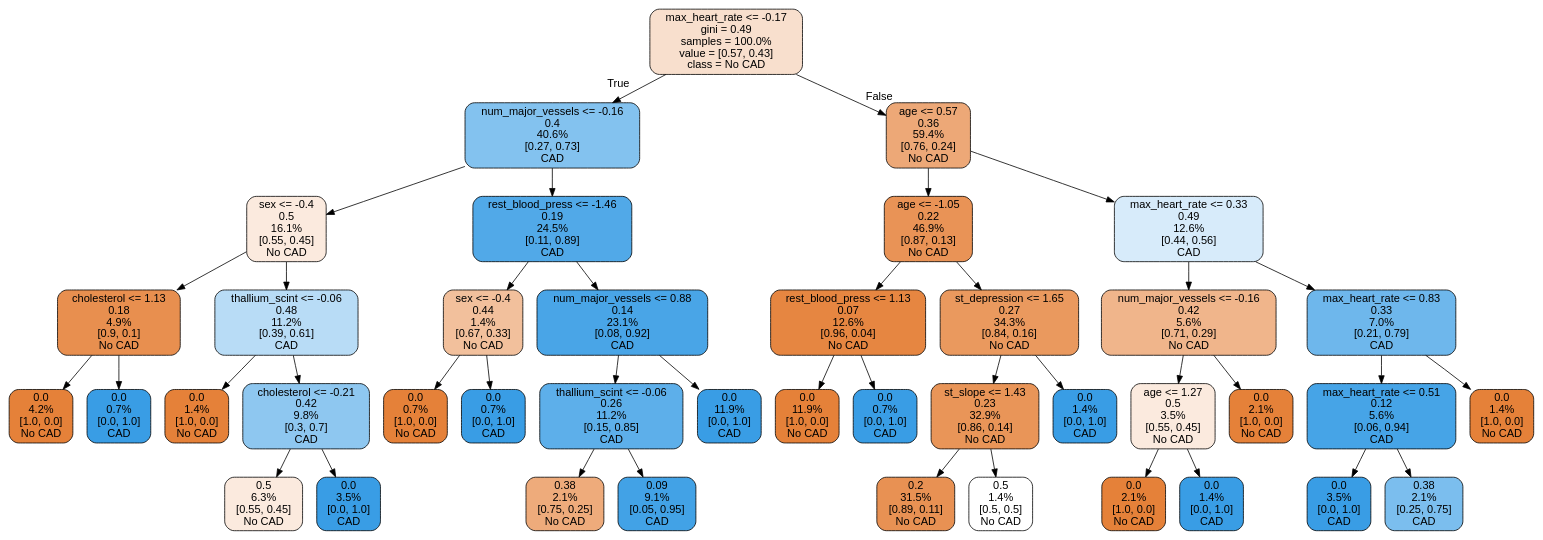
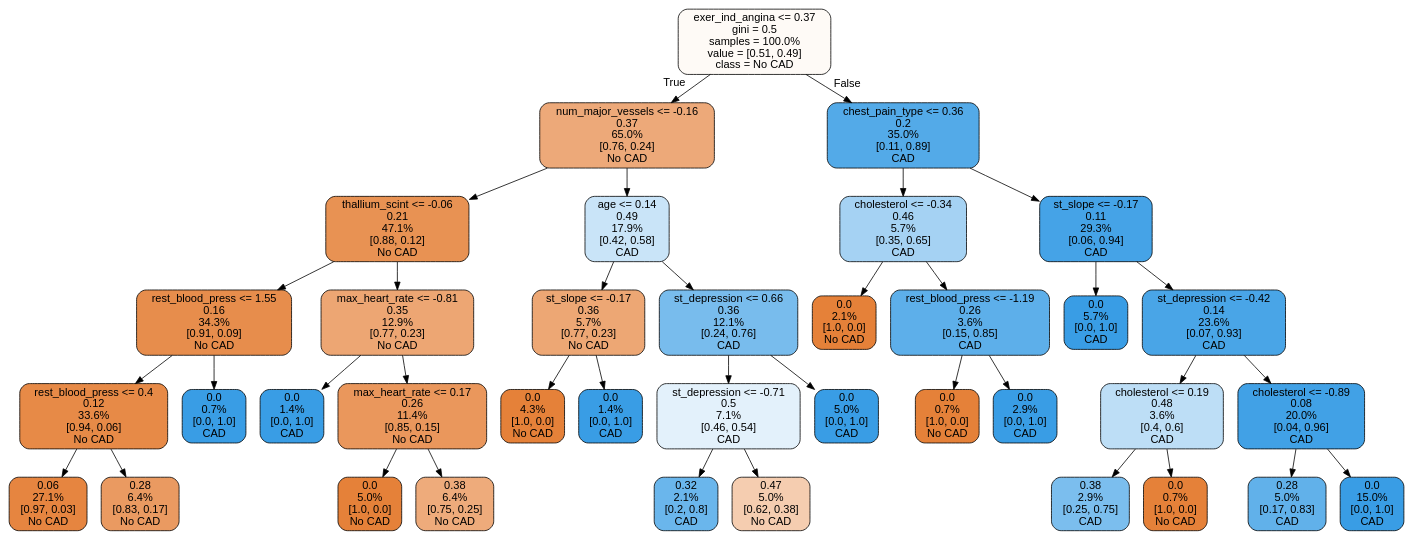
Before and after one commit to LourensWalters/cor_art_dis: the diagram in cor_art_dis/notebooks/tree.dot, drawn with Graphviz. The commit also changed 3 other files, not shown here.

```diff
--- a/cor_art_dis/notebooks/tree.dot
+++ b/cor_art_dis/notebooks/tree.dot
@@ -1,85 +1,77 @@
 digraph Tree {
 node [shape=box, style="filled, rounded", color="black", fontname=helvetica] ;
 edge [fontname=helvetica] ;
-0 [label="max_heart_rate <= -0.17\ngini = 0.49\nsamples = 100.0%\nvalue = [0.57, 0.43]\nclass = No CAD", fillcolor="#f8dfcd"] ;
-1 [label="num_major_vessels <= -0.16\n0.4\n40.6%\n[0.27, 0.73]\nCAD", fillcolor="#83c2ef"] ;
+0 [label="exer_ind_angina <= 0.37\ngini = 0.5\nsamples = 100.0%\nvalue = [0.51, 0.49]\nclass = No CAD", fillcolor="#fefaf6"] ;
+1 [label="num_major_vessels <= -0.16\n0.37\n65.0%\n[0.76, 0.24]\nNo CAD", fillcolor="#eda979"] ;
 0 -> 1 [labeldistance=2.5, labelangle=45, headlabel="True"] ;
-2 [label="sex <= -0.4\n0.5\n16.1%\n[0.55, 0.45]\nNo CAD", fillcolor="#fbeade"] ;
+2 [label="thallium_scint <= -0.06\n0.21\n47.1%\n[0.88, 0.12]\nNo CAD", fillcolor="#e89253"] ;
 1 -> 2 ;
-3 [label="cholesterol <= 1.13\n0.18\n4.9%\n[0.9, 0.1]\nNo CAD", fillcolor="#e88f4f"] ;
+3 [label="rest_blood_press <= 1.55\n0.16\n34.3%\n[0.91, 0.09]\nNo CAD", fillcolor="#e78d4c"] ;
 2 -> 3 ;
-4 [label="0.0\n4.2%\n[1.0, 0.0]\nNo CAD", fillcolor="#e58139"] ;
+4 [label="rest_blood_press <= 0.4\n0.12\n33.6%\n[0.94, 0.06]\nNo CAD", fillcolor="#e78a47"] ;
 3 -> 4 ;
-5 [label="0.0\n0.7%\n[0.0, 1.0]\nCAD", fillcolor="#399de5"] ;
-3 -> 5 ;
-6 [label="thallium_scint <= -0.06\n0.48\n11.2%\n[0.39, 0.61]\nCAD", fillcolor="#b8dcf6"] ;
-2 -> 6 ;
-7 [label="0.0\n1.4%\n[1.0, 0.0]\nNo CAD", fillcolor="#e58139"] ;
-6 -> 7 ;
-8 [label="cholesterol <= -0.21\n0.42\n9.8%\n[0.3, 0.7]\nCAD", fillcolor="#8ec7f0"] ;
-6 -> 8 ;
-9 [label="0.5\n6.3%\n[0.55, 0.45]\nNo CAD", fillcolor="#fbeade"] ;
+5 [label="0.06\n27.1%\n[0.97, 0.03]\nNo CAD", fillcolor="#e68540"] ;
+4 -> 5 ;
+6 [label="0.28\n6.4%\n[0.83, 0.17]\nNo CAD", fillcolor="#ea9a61"] ;
+4 -> 6 ;
+7 [label="0.0\n0.7%\n[0.0, 1.0]\nCAD", fillcolor="#399de5"] ;
+3 -> 7 ;
+8 [label="max_heart_rate <= -0.81\n0.35\n12.9%\n[0.77, 0.23]\nNo CAD", fillcolor="#eda673"] ;
+2 -> 8 ;
+9 [label="0.0\n1.4%\n[0.0, 1.0]\nCAD", fillcolor="#399de5"] ;
 8 -> 9 ;
-10 [label="0.0\n3.5%\n[0.0, 1.0]\nCAD", fillcolor="#399de5"] ;
+10 [label="max_heart_rate <= 0.17\n0.26\n11.4%\n[0.85, 0.15]\nNo CAD", fillcolor="#ea975c"] ;
 8 -> 10 ;
-11 [label="rest_blood_press <= -1.46\n0.19\n24.5%\n[0.11, 0.89]\nCAD", fillcolor="#51a9e8"] ;
-1 -> 11 ;
-12 [label="sex <= -0.4\n0.44\n1.4%\n[0.67, 0.33]\nNo CAD", fillcolor="#f2c09c"] ;
-11 -> 12 ;
-13 [label="0.0\n0.7%\n[1.0, 0.0]\nNo CAD", fillcolor="#e58139"] ;
-12 -> 13 ;
-14 [label="0.0\n0.7%\n[0.0, 1.0]\nCAD", fillcolor="#399de5"] ;
-12 -> 14 ;
-15 [label="num_major_vessels <= 0.88\n0.14\n23.1%\n[0.08, 0.92]\nCAD", fillcolor="#49a5e7"] ;
-11 -> 15 ;
-16 [label="thallium_scint <= -0.06\n0.26\n11.2%\n[0.15, 0.85]\nCAD", fillcolor="#5dafea"] ;
-15 -> 16 ;
-17 [label="0.38\n2.1%\n[0.75, 0.25]\nNo CAD", fillcolor="#eeab7b"] ;
-16 -> 17 ;
-18 [label="0.09\n9.1%\n[0.05, 0.95]\nCAD", fillcolor="#42a2e6"] ;
-16 -> 18 ;
-19 [label="0.0\n11.9%\n[0.0, 1.0]\nCAD", fillcolor="#399de5"] ;
-15 -> 19 ;
-20 [label="age <= 0.57\n0.36\n59.4%\n[0.76, 0.24]\nNo CAD", fillcolor="#eda877"] ;
-0 -> 20 [labeldistance=2.5, labelangle=-45, headlabel="False"] ;
-21 [label="age <= -1.05\n0.22\n46.9%\n[0.87, 0.13]\nNo CAD", fillcolor="#e99356"] ;
-20 -> 21 ;
-22 [label="rest_blood_press <= 1.13\n0.07\n12.6%\n[0.96, 0.04]\nNo CAD", fillcolor="#e68641"] ;
-21 -> 22 ;
-23 [label="0.0\n11.9%\n[1.0, 0.0]\nNo CAD", fillcolor="#e58139"] ;
+11 [label="0.0\n5.0%\n[1.0, 0.0]\nNo CAD", fillcolor="#e58139"] ;
+10 -> 11 ;
+12 [label="0.38\n6.4%\n[0.75, 0.25]\nNo CAD", fillcolor="#eeab7b"] ;
+10 -> 12 ;
+13 [label="age <= 0.14\n0.49\n17.9%\n[0.42, 0.58]\nCAD", fillcolor="#c9e4f8"] ;
+1 -> 13 ;
+14 [label="st_slope <= -0.17\n0.36\n5.7%\n[0.77, 0.23]\nNo CAD", fillcolor="#eda774"] ;
+13 -> 14 ;
+15 [label="0.0\n4.3%\n[1.0, 0.0]\nNo CAD", fillcolor="#e58139"] ;
+14 -> 15 ;
+16 [label="0.0\n1.4%\n[0.0, 1.0]\nCAD", fillcolor="#399de5"] ;
+14 -> 16 ;
+17 [label="st_depression <= 0.66\n0.36\n12.1%\n[0.24, 0.76]\nCAD", fillcolor="#78bced"] ;
+13 -> 17 ;
+18 [label="st_depression <= -0.71\n0.5\n7.1%\n[0.46, 0.54]\nCAD", fillcolor="#e3f1fb"] ;
+17 -> 18 ;
+19 [label="0.32\n2.1%\n[0.2, 0.8]\nCAD", fillcolor="#6ab6ec"] ;
+18 -> 19 ;
+20 [label="0.47\n5.0%\n[0.62, 0.38]\nNo CAD", fillcolor="#f5cdb0"] ;
+18 -> 20 ;
+21 [label="0.0\n5.0%\n[0.0, 1.0]\nCAD", fillcolor="#399de5"] ;
+17 -> 21 ;
+22 [label="chest_pain_type <= 0.36\n0.2\n35.0%\n[0.11, 0.89]\nCAD", fillcolor="#53aae8"] ;
+0 -> 22 [labeldistance=2.5, labelangle=-45, headlabel="False"] ;
+23 [label="cholesterol <= -0.34\n0.46\n5.7%\n[0.35, 0.65]\nCAD", fillcolor="#a5d2f3"] ;
 22 -> 23 ;
-24 [label="0.0\n0.7%\n[0.0, 1.0]\nCAD", fillcolor="#399de5"] ;
-22 -> 24 ;
-25 [label="st_depression <= 1.65\n0.27\n34.3%\n[0.84, 0.16]\nNo CAD", fillcolor="#ea995e"] ;
-21 -> 25 ;
-26 [label="st_slope <= 1.43\n0.23\n32.9%\n[0.86, 0.14]\nNo CAD", fillcolor="#e99558"] ;
+24 [label="0.0\n2.1%\n[1.0, 0.0]\nNo CAD", fillcolor="#e58139"] ;
+23 -> 24 ;
+25 [label="rest_blood_press <= -1.19\n0.26\n3.6%\n[0.15, 0.85]\nCAD", fillcolor="#5dafea"] ;
+23 -> 25 ;
+26 [label="0.0\n0.7%\n[1.0, 0.0]\nNo CAD", fillcolor="#e58139"] ;
 25 -> 26 ;
-27 [label="0.2\n31.5%\n[0.89, 0.11]\nNo CAD", fillcolor="#e89153"] ;
-26 -> 27 ;
-28 [label="0.5\n1.4%\n[0.5, 0.5]\nNo CAD", fillcolor="#ffffff"] ;
-26 -> 28 ;
-29 [label="0.0\n1.4%\n[0.0, 1.0]\nCAD", fillcolor="#399de5"] ;
-25 -> 29 ;
-30 [label="max_heart_rate <= 0.33\n0.49\n12.6%\n[0.44, 0.56]\nCAD", fillcolor="#d7ebfa"] ;
-20 -> 30 ;
-31 [label="num_major_vessels <= -0.16\n0.42\n5.6%\n[0.71, 0.29]\nNo CAD", fillcolor="#f0b58b"] ;
+27 [label="0.0\n2.9%\n[0.0, 1.0]\nCAD", fillcolor="#399de5"] ;
+25 -> 27 ;
+28 [label="st_slope <= -0.17\n0.11\n29.3%\n[0.06, 0.94]\nCAD", fillcolor="#45a3e7"] ;
+22 -> 28 ;
+29 [label="0.0\n5.7%\n[0.0, 1.0]\nCAD", fillcolor="#399de5"] ;
+28 -> 29 ;
+30 [label="st_depression <= -0.42\n0.14\n23.6%\n[0.07, 0.93]\nCAD", fillcolor="#49a5e7"] ;
+28 -> 30 ;
+31 [label="cholesterol <= 0.19\n0.48\n3.6%\n[0.4, 0.6]\nCAD", fillcolor="#bddef6"] ;
 30 -> 31 ;
-32 [label="age <= 1.27\n0.5\n3.5%\n[0.55, 0.45]\nNo CAD", fillcolor="#fbeade"] ;
+32 [label="0.38\n2.9%\n[0.25, 0.75]\nCAD", fillcolor="#7bbeee"] ;
 31 -> 32 ;
-33 [label="0.0\n2.1%\n[1.0, 0.0]\nNo CAD", fillcolor="#e58139"] ;
-32 -> 33 ;
-34 [label="0.0\n1.4%\n[0.0, 1.0]\nCAD", fillcolor="#399de5"] ;
-32 -> 34 ;
-35 [label="0.0\n2.1%\n[1.0, 0.0]\nNo CAD", fillcolor="#e58139"] ;
-31 -> 35 ;
-36 [label="max_heart_rate <= 0.83\n0.33\n7.0%\n[0.21, 0.79]\nCAD", fillcolor="#6eb7ec"] ;
-30 -> 36 ;
-37 [label="max_heart_rate <= 0.51\n0.12\n5.6%\n[0.06, 0.94]\nCAD", fillcolor="#46a4e7"] ;
-36 -> 37 ;
-38 [label="0.0\n3.5%\n[0.0, 1.0]\nCAD", fillcolor="#399de5"] ;
-37 -> 38 ;
-39 [label="0.38\n2.1%\n[0.25, 0.75]\nCAD", fillcolor="#7bbeee"] ;
-37 -> 39 ;
-40 [label="0.0\n1.4%\n[1.0, 0.0]\nNo CAD", fillcolor="#e58139"] ;
-36 -> 40 ;
+33 [label="0.0\n0.7%\n[1.0, 0.0]\nNo CAD", fillcolor="#e58139"] ;
+31 -> 33 ;
+34 [label="cholesterol <= -0.89\n0.08\n20.0%\n[0.04, 0.96]\nCAD", fillcolor="#41a1e6"] ;
+30 -> 34 ;
+35 [label="0.28\n5.0%\n[0.17, 0.83]\nCAD", fillcolor="#61b1ea"] ;
+34 -> 35 ;
+36 [label="0.0\n15.0%\n[0.0, 1.0]\nCAD", fillcolor="#399de5"] ;
+34 -> 36 ;
 }
```
